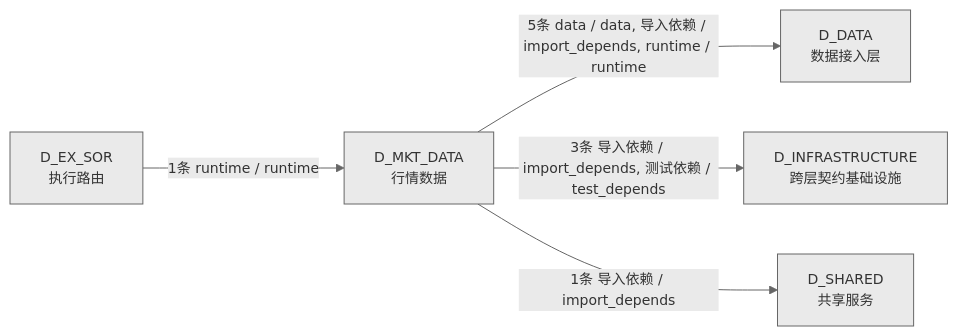
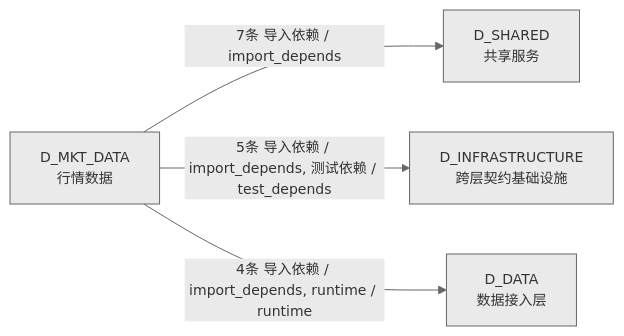
The third of 3 diagrams in docs/02_enterprise_architecture/02_domain_architecture_docs/23_d_mkt_data.md (xuanFelixVan/ZephyrAlpha), drawn with Mermaid before and after one commit. The commit also changed other lines of this file and 49 other files, not shown here.

````diff
--- a/docs/02_enterprise_architecture/02_domain_architecture_docs/23_d_mkt_data.md
+++ b/docs/02_enterprise_architecture/02_domain_architecture_docs/23_d_mkt_data.md
@@ -202,13 +285,11 @@
 ```mermaid
 %%{init: {'theme': 'base', 'themeVariables': {'primaryColor': '#eaeaea', 'primaryTextColor': '#333333', 'primaryBorderColor': '#666666', 'lineColor': '#666666', 'secondaryColor': '#eaeaea', 'tertiaryColor': '#eaeaea', 'fontSize': '14px'}}}%%
 graph LR
     D_MKT_DATA["D_MKT_DATA<br/>行情数据"]
+    D_SHARED["D_SHARED<br/>共享服务"]
+    D_INFRASTRUCTURE["D_INFRASTRUCTURE<br/>跨层契约基础设施"]
     D_DATA["D_DATA<br/>数据接入层"]
-    D_INFRASTRUCTURE["D_INFRASTRUCTURE<br/>跨层契约基础设施"]
-    D_SHARED["D_SHARED<br/>共享服务"]
-    D_EX_SOR["D_EX_SOR<br/>执行路由"]
-    D_MKT_DATA -->|5条 data / data, 导入依赖 / import_depends, runtime / runtime| D_DATA
-    D_MKT_DATA -->|3条 导入依赖 / import_depends, 测试依赖 / test_depends| D_INFRASTRUCTURE
-    D_MKT_DATA -->|1条 导入依赖 / import_depends| D_SHARED
-    D_EX_SOR -->|1条 runtime / runtime| D_MKT_DATA
+    D_MKT_DATA -->|7条 导入依赖 / import_depends| D_SHARED
+    D_MKT_DATA -->|5条 导入依赖 / import_depends, 测试依赖 / test_depends| D_INFRASTRUCTURE
+    D_MKT_DATA -->|4条 导入依赖 / import_depends, runtime / runtime| D_DATA
 ```
````
